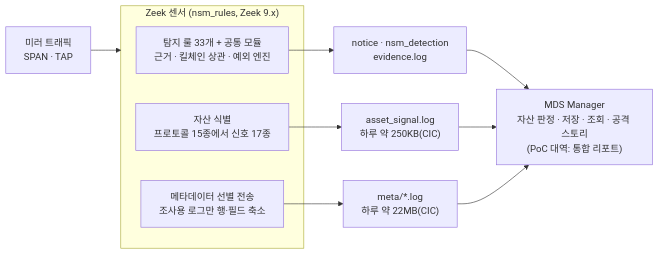
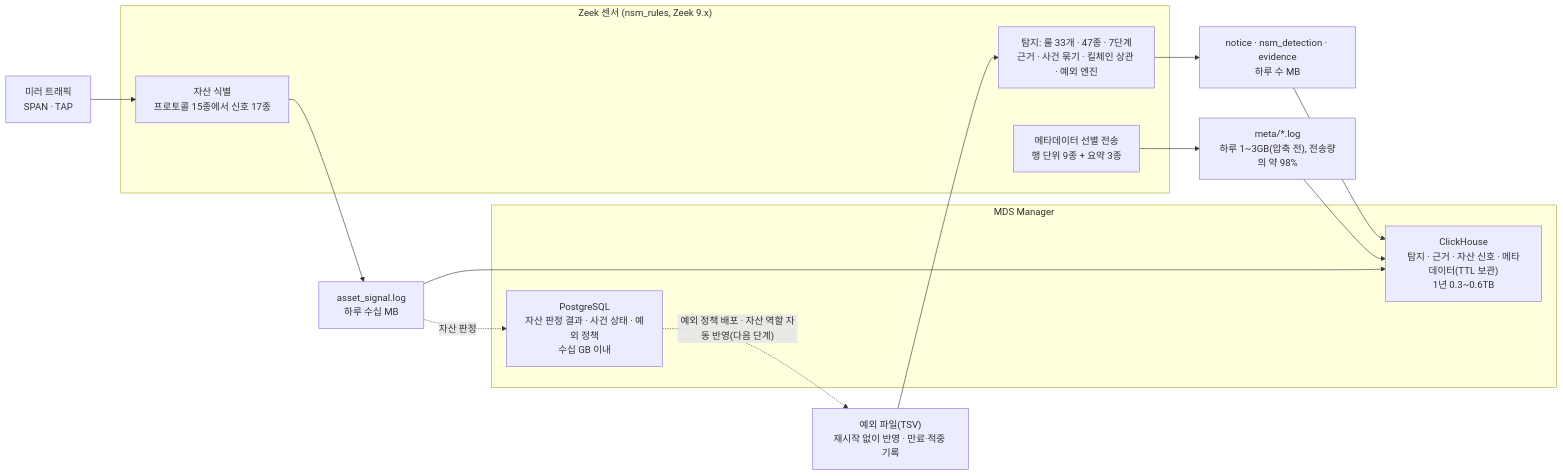
Before and after one commit to kwsjjang8901-ship-it/nsm: the diagram in docs/POC_RESULT.md, drawn with Mermaid. The commit also changed other lines of this file, not shown here.

Commit message:
POC 결과: 통합 구성도를 POC 결과에 맞춰 갱신
- 탐지 룰 33개·47종·7단계, 예외 파일 입력, 로그별 1,000명 하루 크기
- MDS Manager 를 PostgreSQL(자산 판정·사건 상태·예외 정책)과 ClickHouse(탐지·근거·자산 신호·메타데이터, 1년 0.3~0.6TB)로 표시
- 예외 정책 배포·자산 역할 자동 반영(다음 단계) 되돌림 표시, 중복 문장 제거

Claude-Session: https://claude.ai/code/session_01PcVJeCABYooTAbDMAMQya3

````diff
--- a/docs/POC_RESULT.md
+++ b/docs/POC_RESULT.md
@@ -23,15 +23,22 @@
 ```mermaid
 flowchart LR
-    T["미러 트래픽<br/>SPAN · TAP"] --> S
+    X["예외 파일(TSV)<br/>재시작 없이 반영 · 만료·적중 기록"] --> D
+    T["미러 트래픽<br/>SPAN · TAP"] --> A
     subgraph S["Zeek 센서 (nsm_rules, Zeek 9.x)"]
-        D["탐지 룰 33개 + 공통 모듈<br/>근거 · 킬체인 상관 · 예외 엔진"]
+        D["탐지: 룰 33개 · 47종 · 7단계<br/>근거 · 사건 묶기 · 킬체인 상관 · 예외 엔진"]
         A["자산 식별<br/>프로토콜 15종에서 신호 17종"]
-        M["메타데이터 선별 전송<br/>조사용 로그만 행·필드 축소"]
+        M["메타데이터 선별 전송<br/>행 단위 9종 + 요약 3종"]
     end
-    D --> LD["notice · nsm_detection<br/>evidence.log"]
-    A --> LA["asset_signal.log<br/>하루 약 250KB(CIC)"]
-    M --> LM["meta/*.log<br/>하루 약 22MB(CIC)"]
-    LD --> MGR["MDS Manager<br/>자산 판정 · 저장 · 조회 · 공격 스토리<br/>(PoC 대역: 통합 리포트)"]
-    LA --> MGR
-    LM --> MGR
+    D --> LD["notice · nsm_detection · evidence<br/>하루 수 MB"]
+    A --> LA["asset_signal.log<br/>하루 수십 MB"]
+    M --> LM["meta/*.log<br/>하루 1~3GB(압축 전), 전송량의 약 98%"]
+    subgraph MGR["MDS Manager"]
+        PG["PostgreSQL<br/>자산 판정 결과 · 사건 상태 · 예외 정책<br/>수십 GB 이내"]
+        CH["ClickHouse<br/>탐지 · 근거 · 자산 신호 · 메타데이터(TTL 보관)<br/>1년 0.3~0.6TB"]
+    end
+    LD --> CH
+    LA --> CH
+    LM --> CH
+    LA -.->|"자산 판정"| PG
+    PG -.->|"예외 정책 배포 · 자산 역할 자동 반영(다음 단계)"| X
 ```
````
